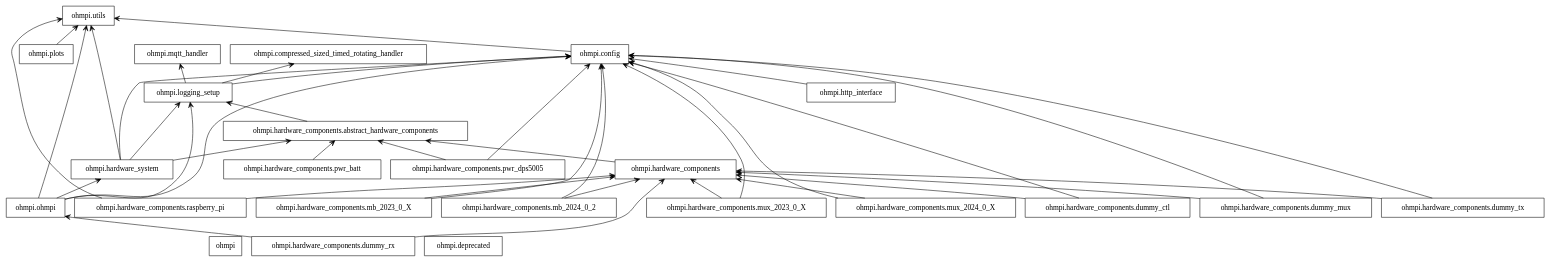
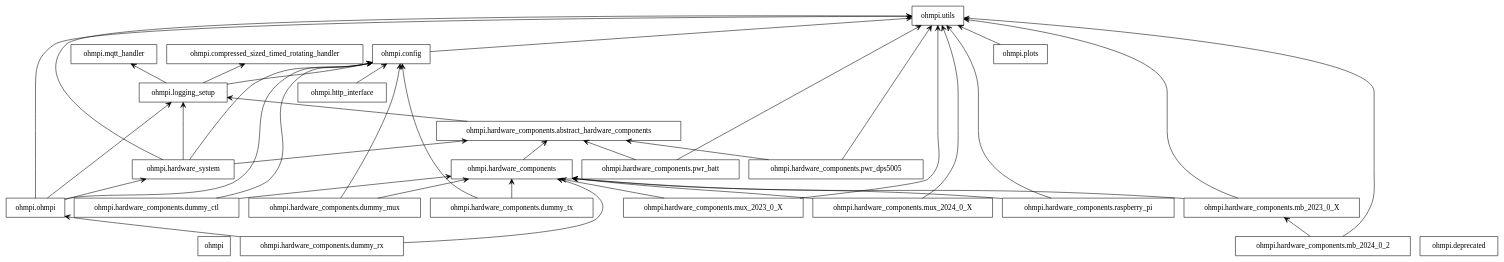
Before and after one commit to ohmpi/ohmpi: the diagram in uml_diagrams/packages_uml_ohmpi.dot, drawn with Graphviz. The commit also changed 8 other files, not shown here.

```diff
--- a/uml_diagrams/packages_uml_ohmpi.dot
+++ b/uml_diagrams/packages_uml_ohmpi.dot
@@ -1,65 +1,66 @@
 digraph "packages_uml_ohmpi" {
 charset="utf-8"
 rankdir=BT
 "0" [label="ohmpi", shape="box"];
 "1" [label="ohmpi.compressed_sized_timed_rotating_handler", shape="box"];
 "2" [label="ohmpi.config", shape="box"];
 "3" [label="ohmpi.deprecated", shape="box"];
 "4" [label="ohmpi.hardware_components", shape="box"];
 "5" [label="ohmpi.hardware_components.abstract_hardware_components", shape="box"];
 "6" [label="ohmpi.hardware_components.dummy_ctl", shape="box"];
 "7" [label="ohmpi.hardware_components.dummy_mux", shape="box"];
 "8" [label="ohmpi.hardware_components.dummy_rx", shape="box"];
 "9" [label="ohmpi.hardware_components.dummy_tx", shape="box"];
 "10" [label="ohmpi.hardware_components.mb_2023_0_X", shape="box"];
 "11" [label="ohmpi.hardware_components.mb_2024_0_2", shape="box"];
 "12" [label="ohmpi.hardware_components.mux_2023_0_X", shape="box"];
 "13" [label="ohmpi.hardware_components.mux_2024_0_X", shape="box"];
 "14" [label="ohmpi.hardware_components.pwr_batt", shape="box"];
 "15" [label="ohmpi.hardware_components.pwr_dps5005", shape="box"];
 "16" [label="ohmpi.hardware_components.raspberry_pi", shape="box"];
 "17" [label="ohmpi.hardware_system", shape="box"];
 "18" [label="ohmpi.http_interface", shape="box"];
 "19" [label="ohmpi.logging_setup", shape="box"];
 "20" [label="ohmpi.mqtt_handler", shape="box"];
 "21" [label="ohmpi.ohmpi", shape="box"];
 "22" [label="ohmpi.plots", shape="box"];
 "23" [label="ohmpi.utils", shape="box"];
 "2" -> "23" [arrowhead="open", arrowtail="none"];
 "4" -> "5" [arrowhead="open", arrowtail="none"];
 "5" -> "19" [arrowhead="open", arrowtail="none"];
 "6" -> "2" [arrowhead="open", arrowtail="none"];
 "6" -> "4" [arrowhead="open", arrowtail="none"];
 "7" -> "2" [arrowhead="open", arrowtail="none"];
 "7" -> "4" [arrowhead="open", arrowtail="none"];
 "8" -> "4" [arrowhead="open", arrowtail="none"];
 "8" -> "21" [arrowhead="open", arrowtail="none"];
 "9" -> "2" [arrowhead="open", arrowtail="none"];
 "9" -> "4" [arrowhead="open", arrowtail="none"];
-"10" -> "2" [arrowhead="open", arrowtail="none"];
 "10" -> "4" [arrowhead="open", arrowtail="none"];
-"11" -> "2" [arrowhead="open", arrowtail="none"];
-"11" -> "4" [arrowhead="open", arrowtail="none"];
-"12" -> "2" [arrowhead="open", arrowtail="none"];
+"10" -> "23" [arrowhead="open", arrowtail="none"];
+"11" -> "10" [arrowhead="open", arrowtail="none"];
+"11" -> "23" [arrowhead="open", arrowtail="none"];
 "12" -> "4" [arrowhead="open", arrowtail="none"];
-"13" -> "2" [arrowhead="open", arrowtail="none"];
+"12" -> "23" [arrowhead="open", arrowtail="none"];
 "13" -> "4" [arrowhead="open", arrowtail="none"];
+"13" -> "23" [arrowhead="open", arrowtail="none"];
 "14" -> "5" [arrowhead="open", arrowtail="none"];
-"15" -> "2" [arrowhead="open", arrowtail="none"];
+"14" -> "23" [arrowhead="open", arrowtail="none"];
 "15" -> "5" [arrowhead="open", arrowtail="none"];
+"15" -> "23" [arrowhead="open", arrowtail="none"];
 "16" -> "4" [arrowhead="open", arrowtail="none"];
 "16" -> "23" [arrowhead="open", arrowtail="none"];
 "17" -> "2" [arrowhead="open", arrowtail="none"];
 "17" -> "5" [arrowhead="open", arrowtail="none"];
 "17" -> "19" [arrowhead="open", arrowtail="none"];
 "17" -> "23" [arrowhead="open", arrowtail="none"];
 "18" -> "2" [arrowhead="open", arrowtail="none"];
 "19" -> "1" [arrowhead="open", arrowtail="none"];
 "19" -> "2" [arrowhead="open", arrowtail="none"];
 "19" -> "20" [arrowhead="open", arrowtail="none"];
 "21" -> "2" [arrowhead="open", arrowtail="none"];
 "21" -> "17" [arrowhead="open", arrowtail="none"];
 "21" -> "19" [arrowhead="open", arrowtail="none"];
 "21" -> "23" [arrowhead="open", arrowtail="none"];
 "22" -> "23" [arrowhead="open", arrowtail="none"];
 }
```
